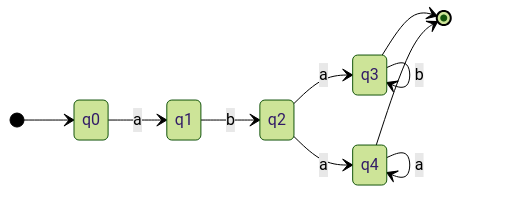
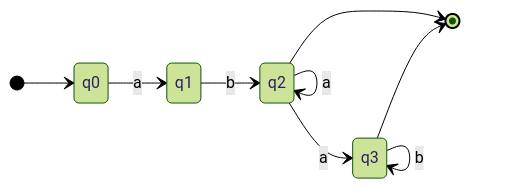
One commit to lelongc/rac changed the fifth of 11 diagrams in iuh/môn/hk1-4/automat/3-4/giai_bai_tap_nfa.md. Above: the diagram before and after it, drawn with Mermaid (forest theme). The commit also changed other lines of this file and 11 other files, not shown here.

````diff
--- a/iuh/môn/hk1-4/automat/3-4/giai_bai_tap_nfa.md
+++ b/iuh/môn/hk1-4/automat/3-4/giai_bai_tap_nfa.md
@@ -222,13 +357,12 @@
 ```mermaid
 stateDiagram-v2
     direction LR
     [*] --> q0
     q0 --> q1: a
     q1 --> q2: b
+    q2 --> q2: a
     q2 --> q3: a
-    q2 --> q4: a
     q3 --> q3: b
-    q4 --> q4: a
+    q2 --> [*]
     q3 --> [*]
-    q4 --> [*]
 ```
````
